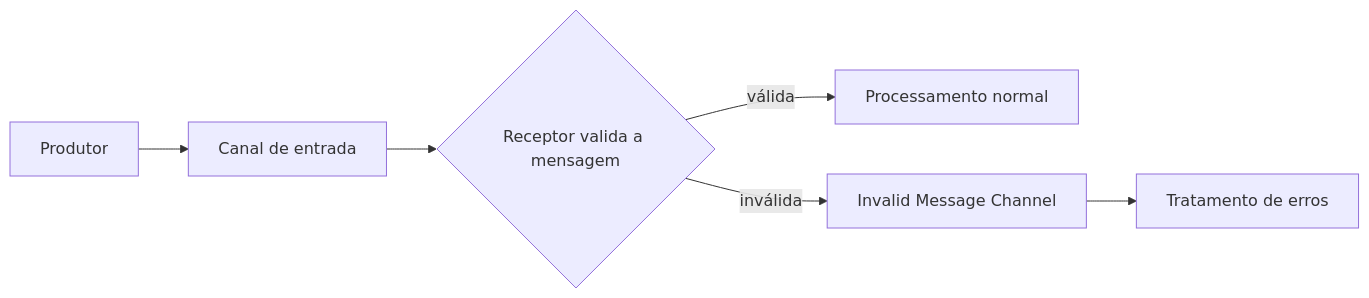
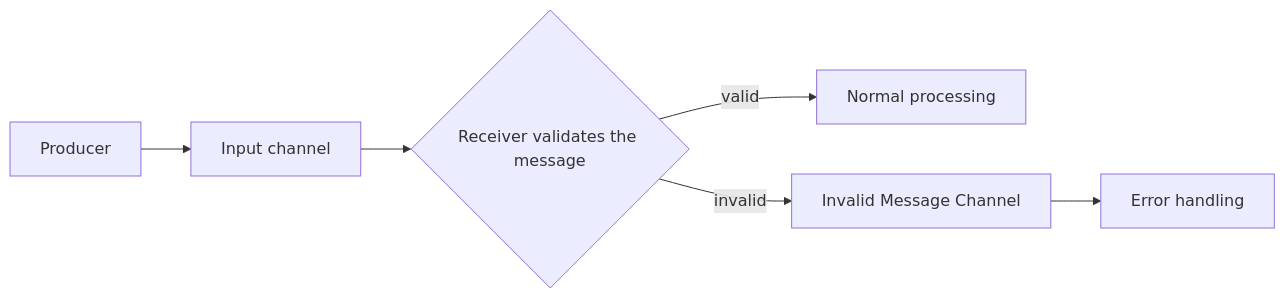
Before and after one commit to alancesar/design-patterns: the diagram in docs/architecture/eip/messaging-channels/invalid-message-channel.md, drawn with Mermaid. The commit also changed 258 other files, not shown here.

First line of the commit message:
Translate Mermaid diagrams to English

````diff
--- a/docs/architecture/eip/messaging-channels/invalid-message-channel.md
+++ b/docs/architecture/eip/messaging-channels/invalid-message-channel.md
@@ -53,8 +53,8 @@
 ```mermaid
 flowchart LR
-    P["Produtor"] --> C["Canal de entrada"]
-    C --> R{"Receptor valida a mensagem"}
-    R -->|"válida"| OK["Processamento normal"]
-    R -->|"inválida"| I["Invalid Message Channel"]
-    I --> E["Tratamento de erros"]
+    P["Producer"] --> C["Input channel"]
+    C --> R{"Receiver validates the message"}
+    R -->|"valid"| OK["Normal processing"]
+    R -->|"invalid"| I["Invalid Message Channel"]
+    I --> E["Error handling"]
 ```
````
